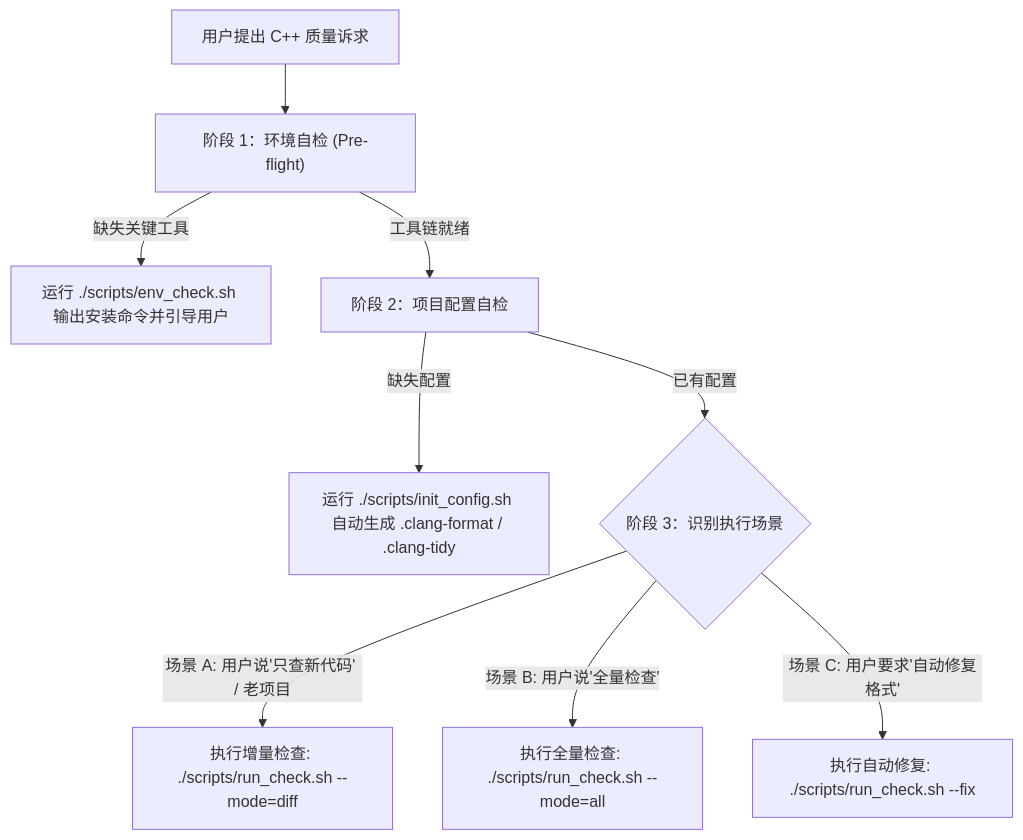
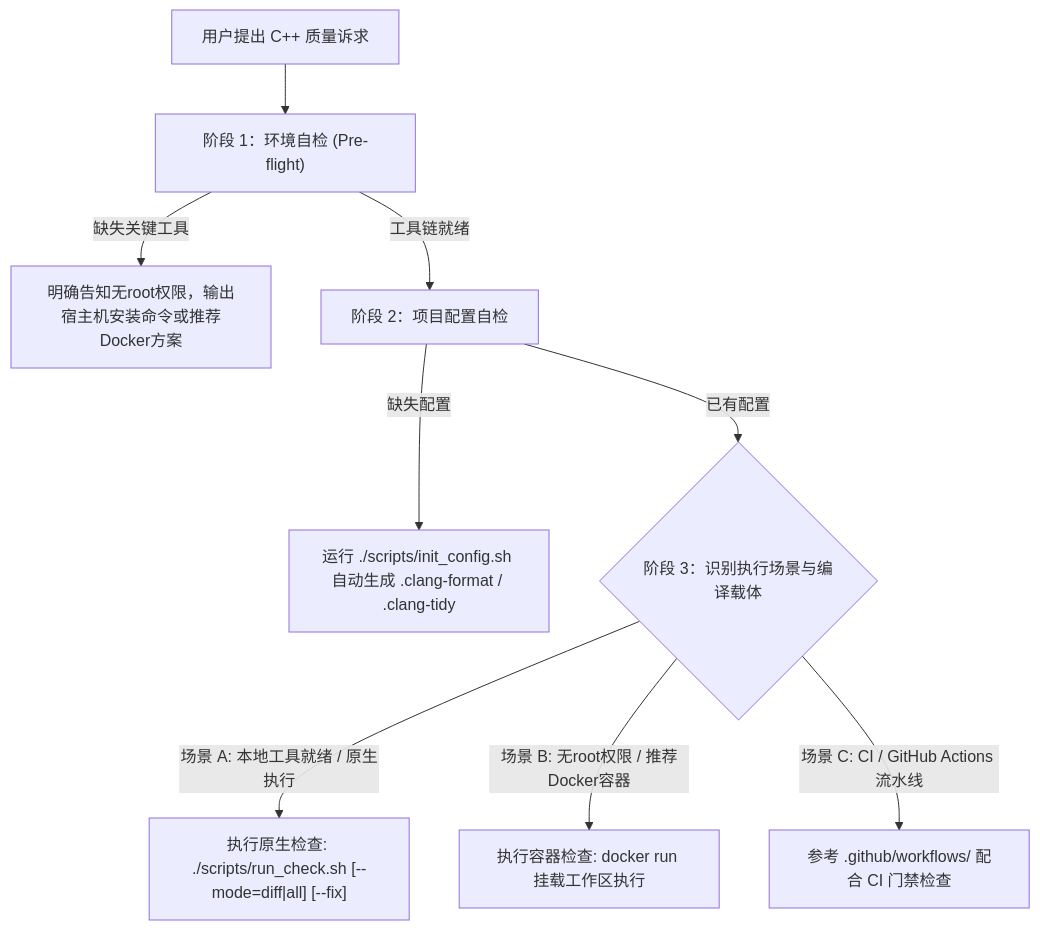
Before and after one commit to lilucpp/code-craft: the diagram in .agents/skills/cpp-code-quality/SKILL.md, drawn with Mermaid. The commit also changed other lines of this file and 4 other files, not shown here.

Commit message:
feat(cpp-code-quality): improve non-root env detection, Docker/CI awareness and Qt macro support

````diff
--- a/.agents/skills/cpp-code-quality/SKILL.md
+++ b/.agents/skills/cpp-code-quality/SKILL.md
@@ -18,13 +18,13 @@
 ```mermaid
 flowchart TD
     A["用户提出 C++ 质量诉求"] --> B["阶段 1：环境自检 (Pre-flight)"]
-    B -->|缺失关键工具| B1["运行 ./scripts/env_check.sh 输出安装命令并引导用户"]
+    B -->|缺失关键工具| B1["明确告知无root权限，输出宿主机安装命令或推荐Docker方案"]
     B -->|工具链就绪| C["阶段 2：项目配置自检"]
     
     C -->|缺失配置| C1["运行 ./scripts/init_config.sh 自动生成 .clang-format / .clang-tidy"]
-    C -->|已有配置| D{"阶段 3：识别执行场景"}
+    C -->|已有配置| D{"阶段 3：识别执行场景与编译载体"}
 
-    D -->|场景 A: 用户说'只查新代码' / 老项目| E["执行增量检查: ./scripts/run_check.sh --mode=diff"]
-    D -->|场景 B: 用户说'全量检查'| F["执行全量检查: ./scripts/run_check.sh --mode=all"]
-    D -->|场景 C: 用户要求'自动修复格式'| G["执行自动修复: ./scripts/run_check.sh --fix"]
+    D -->|场景 A: 本地工具就绪 / 原生执行| E["执行原生检查: ./scripts/run_check.sh [--mode=diff|all] [--fix]"]
+    D -->|场景 B: 无root权限 / 推荐Docker容器| F["执行容器检查: docker run 挂载工作区执行"]
+    D -->|场景 C: CI / GitHub Actions 流水线| G["参考 .github/workflows/ 配合 CI 门禁检查"]
 ```
````
